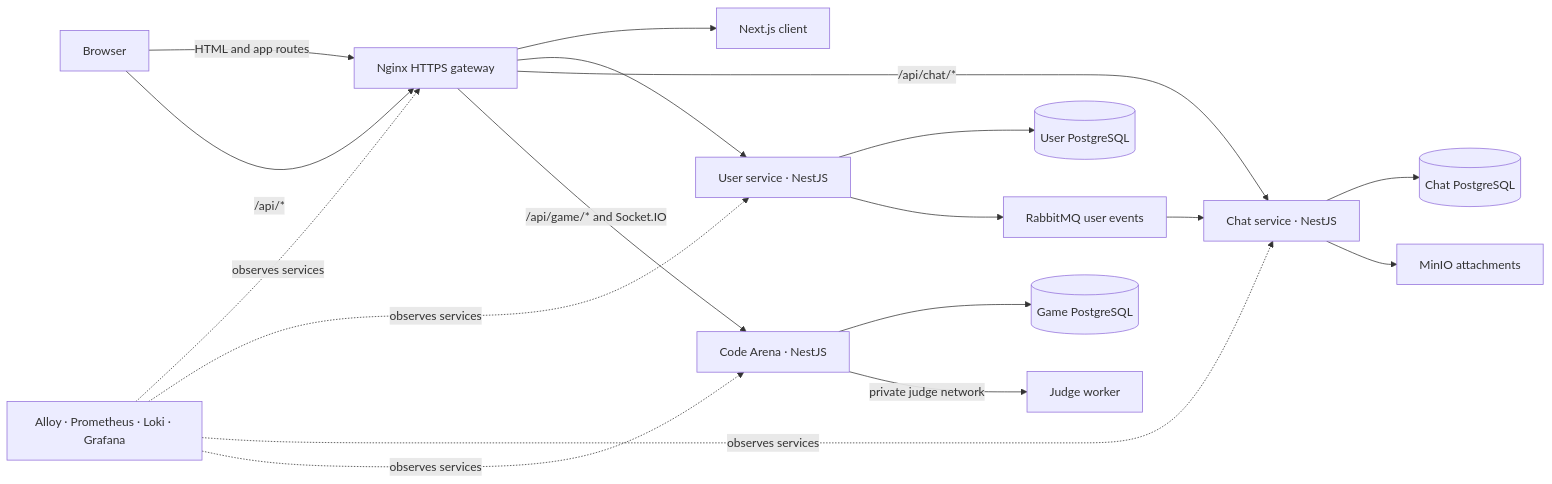
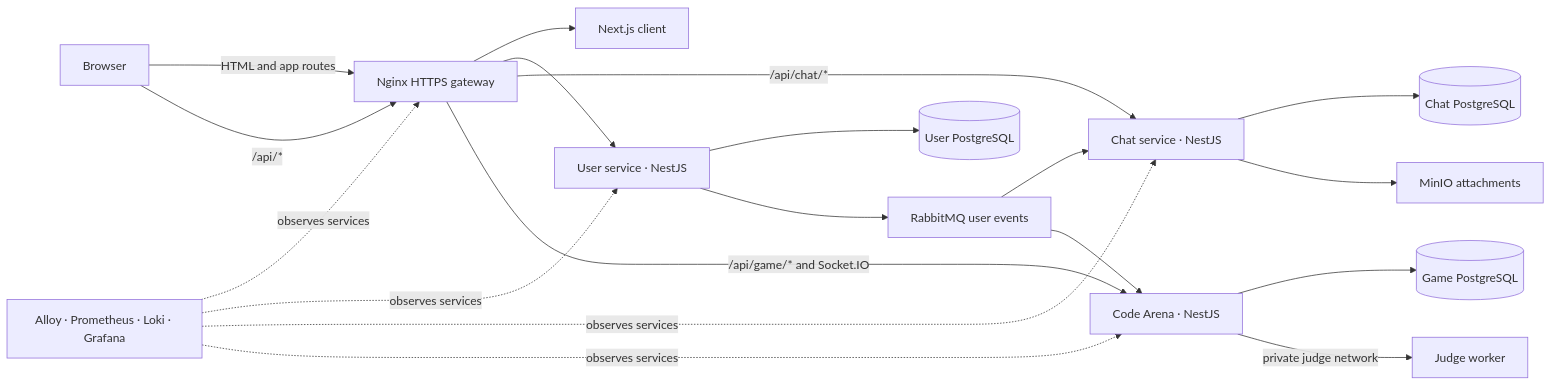
One commit to MliliGenes/ft-transcendence changed the diagram in README.md. Above: the diagram before and after it, drawn with Mermaid. The commit also changed other lines of this file and 3 other files, not shown here.

````diff
--- a/README.md
+++ b/README.md
@@ -24,34 +26,35 @@
 ```mermaid
 flowchart LR
   Browser[Browser]
   Gateway[Nginx HTTPS gateway]
   Web[Next.js client]
   User[User service · NestJS]
   UserDB[(User PostgreSQL)]
   Chat[Chat service · NestJS]
   ChatDB[(Chat PostgreSQL)]
   Events[RabbitMQ user events]
   MinIO[MinIO attachments]
   Game[Code Arena · NestJS]
   GameDB[(Game PostgreSQL)]
   Judge[Judge worker]
   Monitor[Alloy · Prometheus · Loki · Grafana]
 
   Browser -->|HTML and app routes| Gateway
   Gateway --> Web
   Browser -->|/api/*| Gateway
   Gateway --> User
   Gateway -->|/api/chat/*| Chat
   Gateway -->|/api/game/* and Socket.IO| Game
   User --> UserDB
   User --> Events
   Events --> Chat
+  Events --> Game
   Chat --> ChatDB
   Chat --> MinIO
   Game --> GameDB
   Game -->|private judge network| Judge
   Monitor -. observes services .-> Gateway
   Monitor -. observes services .-> User
   Monitor -. observes services .-> Chat
   Monitor -. observes services .-> Game
 ```
````
